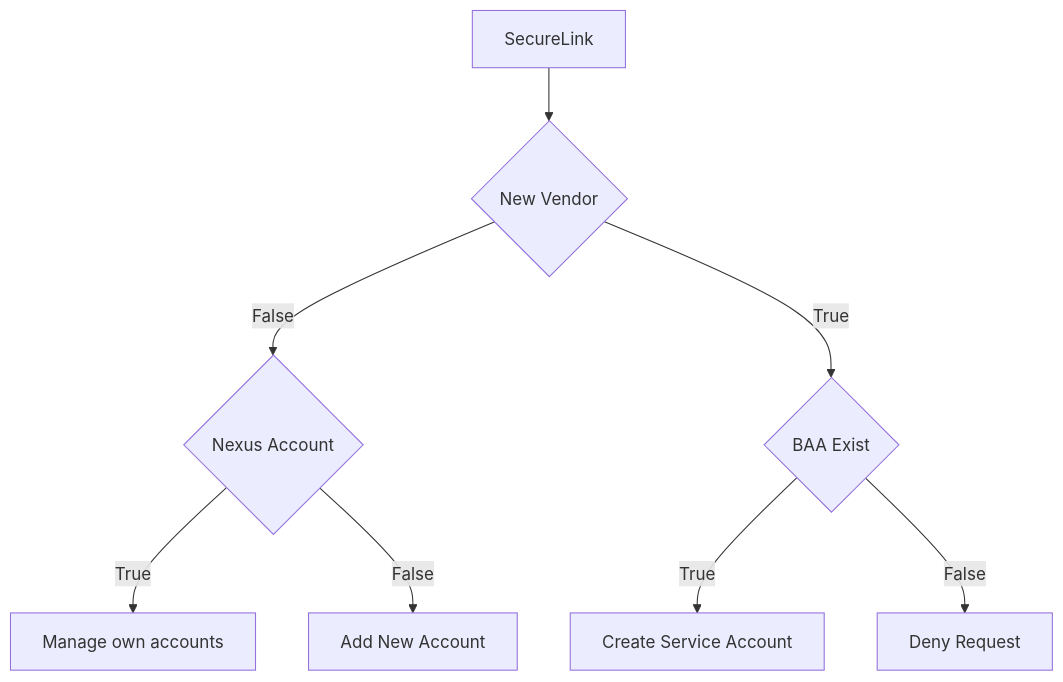
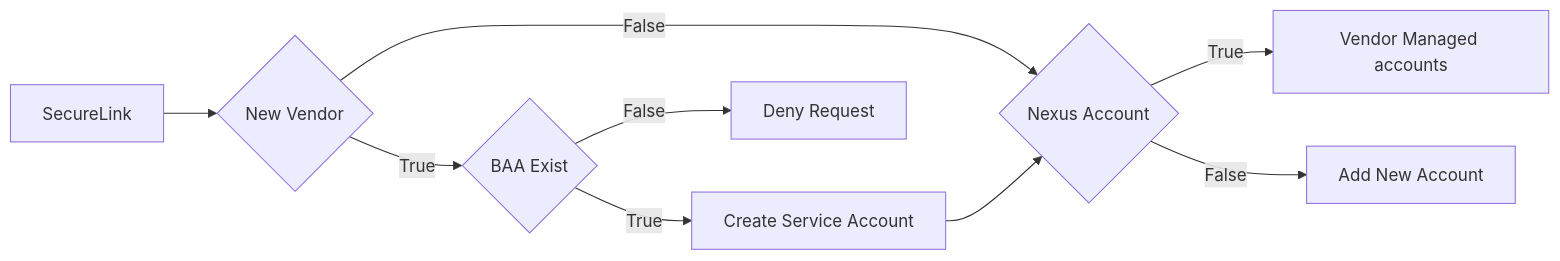
One commit to stahler/MermaidDiagrams changed the diagram in SecureLink.md. Above: the diagram before and after it, drawn with Mermaid.

Commit message:
Updated flowchart to include vendor managed accounts and added new account option.

````diff
--- a/SecureLink.md
+++ b/SecureLink.md
@@ -2,10 +2,11 @@
 ```mermaid
-flowchart TD
+flowchart LR
     A[SecureLink] --> B{New Vendor}
+    B --> |True| C{BAA Exist}
     B --> |False| F{Nexus Account}
-    F --> |True| G[Manage own accounts]
+    F --> |True| G[Vendor Managed accounts]
     F --> |False| H[Add New Account]
-    B --> |True| C{BAA Exist}
     C --> |True| D[Create Service Account]
-    C --> |False| E[Deny Request]
+    D --> F 
+    C --> |False| I[Deny Request]
 ```
````
